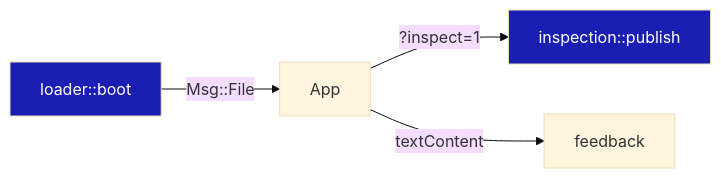
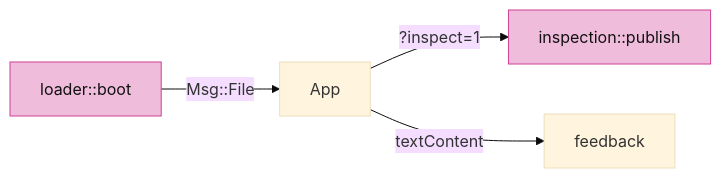
Before and after one commit to petrasvestartas/session: diagram 11 of 19 in session_viewer/docs/12-picking.md, drawn with Mermaid (base theme). The commit also changed other lines of this file and 23 other files, not shown here.

Commit message:
Course: Mermaid nodes white with black text, highlighted nodes pink, white arrows and edge labels on the black ground

````diff
--- a/session_viewer/docs/12-picking.md
+++ b/session_viewer/docs/12-picking.md
@@ -223,8 +223,8 @@
 ```mermaid
 flowchart LR
     L["loader::boot"] -- "Msg::File" --> A["App"]
     A -- "?inspect=1" --> I["inspection::publish"]
     A -- "textContent" --> F["feedback"]
-    style L fill:#1a1eb2,color:#fff
-    style I fill:#1a1eb2,color:#fff
+    style L fill:#f0bcdb,stroke:#ce4095,color:#111
+    style I fill:#f0bcdb,stroke:#ce4095,color:#111
 ```
````
